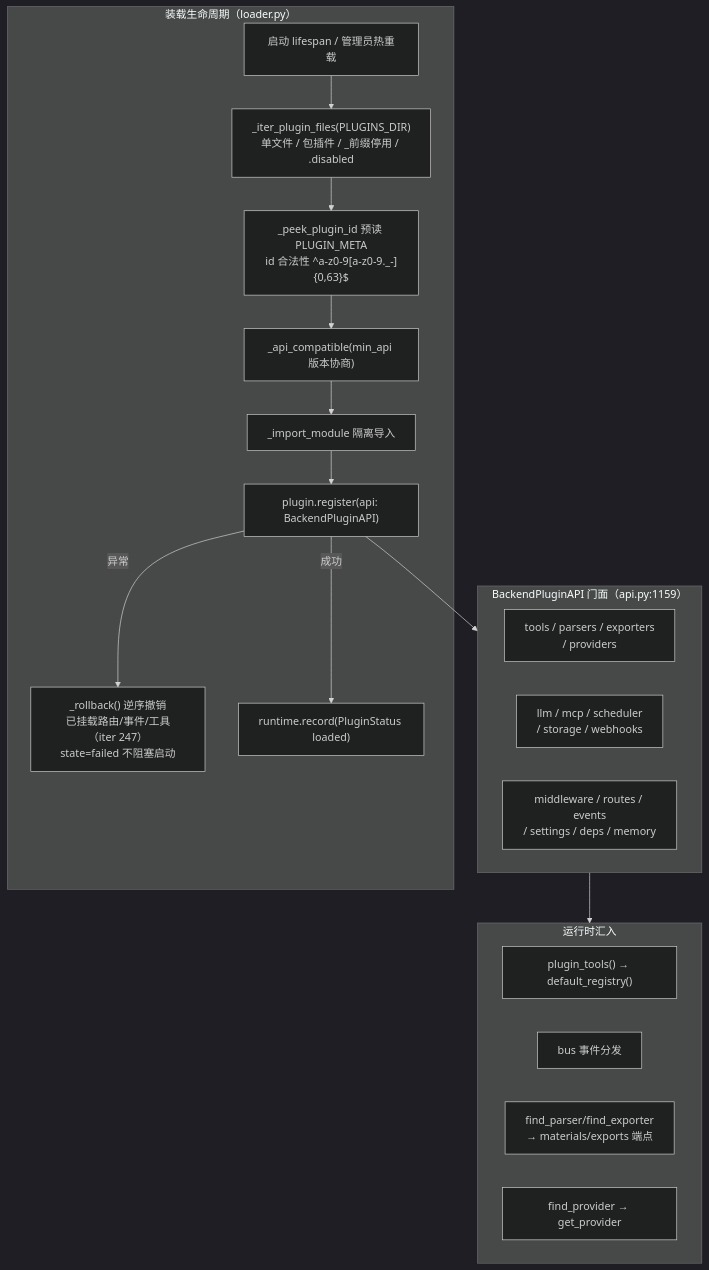
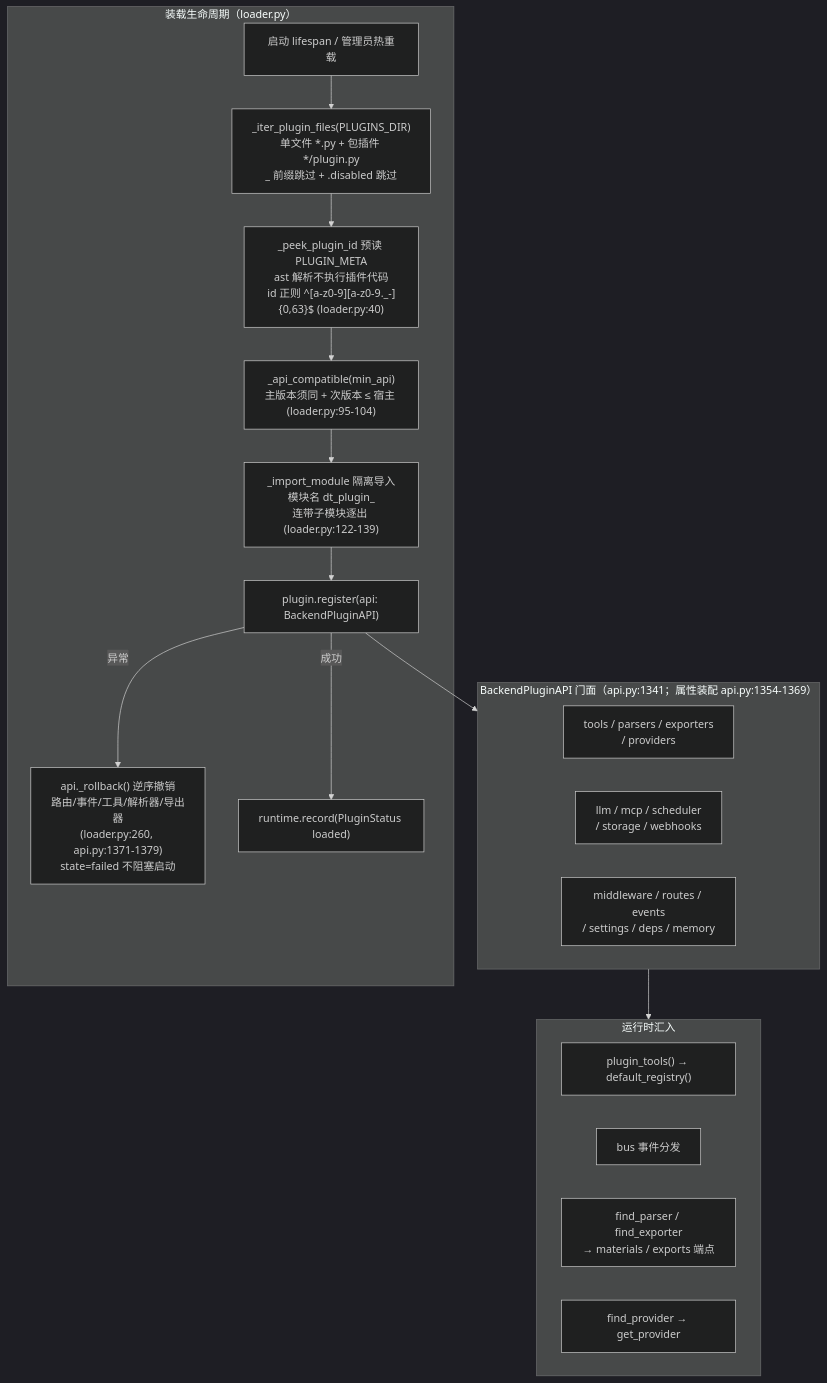
One commit to hershate/Deep-tutor changed the diagram in note/07-插件系统.md. Above: the diagram before and after it, drawn with Mermaid (dark theme). The commit also changed other lines of this file, not shown here.

Commit message:
docs(note): 07 插件系统按当前代码重基线——重算 bus/loader/api 门面行号与版本（bus.py 226 行、loader.py 400 行、api/plugins.py 99 行）、补 api.threads 别名与 MCP 客户端实测参数，新增 §6 Go 侧扩展体系（internal/ext 插件包与 Extension Protocol v2、sdk/go 扩展示例、阶段③ 9 插件等价表落点）

````diff
--- a/note/07-插件系统.md
+++ b/note/07-插件系统.md
@@ -7,26 +19,26 @@
 ```mermaid
 flowchart TB
     subgraph Lifecycle["装载生命周期（loader.py）"]
-        START["启动 lifespan / 管理员热重载"] --> SCAN["_iter_plugin_files(PLUGINS_DIR)<br/>单文件 / 包插件 / _前缀停用 / .disabled"]
-        SCAN --> PEEK["_peek_plugin_id 预读 PLUGIN_META<br/>id 合法性 ^a-z0-9[a-z0-9._-]{0,63}$"]
-        PEEK --> VER["_api_compatible(min_api 版本协商)"]
-        VER --> IMPORT["_import_module 隔离导入"]
+        START["启动 lifespan / 管理员热重载"] --> SCAN["_iter_plugin_files(PLUGINS_DIR)<br/>单文件 *.py + 包插件 */plugin.py<br/>_ 前缀跳过 + .disabled 跳过"]
+        SCAN --> PEEK["_peek_plugin_id 预读 PLUGIN_META<br/>ast 解析不执行插件代码<br/>id 正则 ^[a-z0-9][a-z0-9._-]{0,63}$ (loader.py:40)"]
+        PEEK --> VER["_api_compatible(min_api)<br/>主版本须同 + 次版本 ≤ 宿主 (loader.py:95-104)"]
+        VER --> IMPORT["_import_module 隔离导入<br/>模块名 dt_plugin_<id><br/>连带子模块逐出 (loader.py:122-139)"]
         IMPORT --> REG["plugin.register(api: BackendPluginAPI)"]
-        REG -->|异常| RB["_rollback() 逆序撤销<br/>已挂载路由/事件/工具（iter 247）<br/>state=failed 不阻塞启动"]
+        REG -->|异常| RB["api._rollback() 逆序撤销<br/>路由/事件/工具/解析器/导出器<br/>(loader.py:260, api.py:1371-1379)<br/>state=failed 不阻塞启动"]
         REG -->|成功| RUNTIME["runtime.record(PluginStatus loaded)"]
     end
-    subgraph Facade["BackendPluginAPI 门面（api.py:1159）"]
+    subgraph Facade["BackendPluginAPI 门面（api.py:1341；属性装配 api.py:1354-1369）"]
         direction LR
         F1["tools / parsers / exporters<br/>/ providers"]
         F2["llm / mcp / scheduler<br/>/ storage / webhooks"]
         F3["middleware / routes / events<br/>/ settings / deps / memory"]
     end
     subgraph Runtime["运行时汇入"]
         R1["plugin_tools() → default_registry()"]
         R2["bus 事件分发"]
-        R3["find_parser/find_exporter<br/>→ materials/exports 端点"]
+        R3["find_parser / find_exporter<br/>→ materials / exports 端点"]
         R4["find_provider → get_provider"]
     end
     REG --> Facade
     Facade --> Runtime
 ```
````
